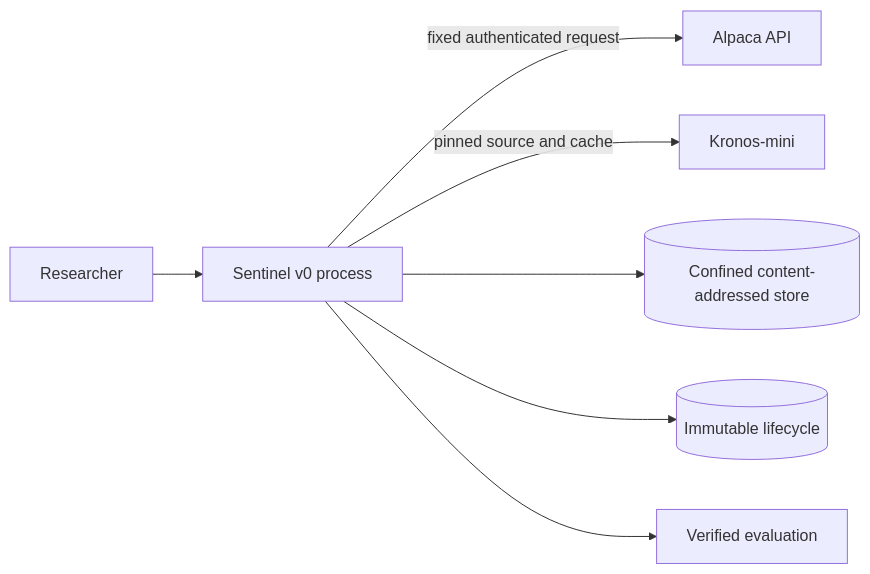
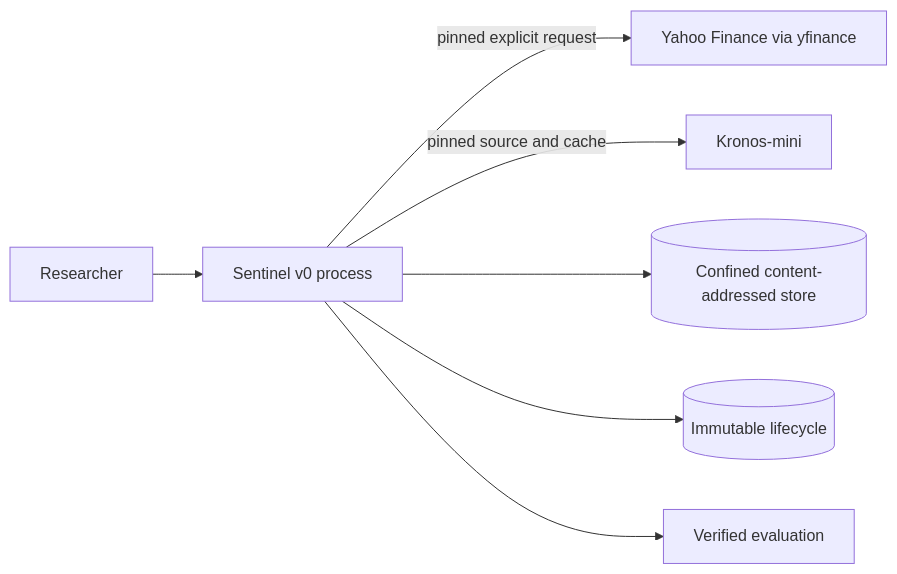
One commit to ThomasCaruso/OpenAlpha changed the diagram in docs/THREAT_MODEL.md. Above: the diagram before and after it, drawn with Mermaid. The commit also changed other lines of this file and 20 other files, not shown here.

Commit message:
docs: use yfinance for Sentinel Phase 2 data

````diff
--- a/docs/THREAT_MODEL.md
+++ b/docs/THREAT_MODEL.md
@@ -9,9 +9,9 @@
 ```mermaid
 flowchart LR
     Researcher --> Sentinel[Sentinel v0 process]
-    Sentinel -->|fixed authenticated request| Alpaca[Alpaca API]
+    Sentinel -->|pinned explicit request| Yahoo[Yahoo Finance via yfinance]
     Sentinel -->|pinned source and cache| Kronos[Kronos-mini]
     Sentinel --> Artifacts[(Confined content-addressed store)]
     Sentinel --> Journal[(Immutable lifecycle)]
     Sentinel --> Report[Verified evaluation]
 ```
````
